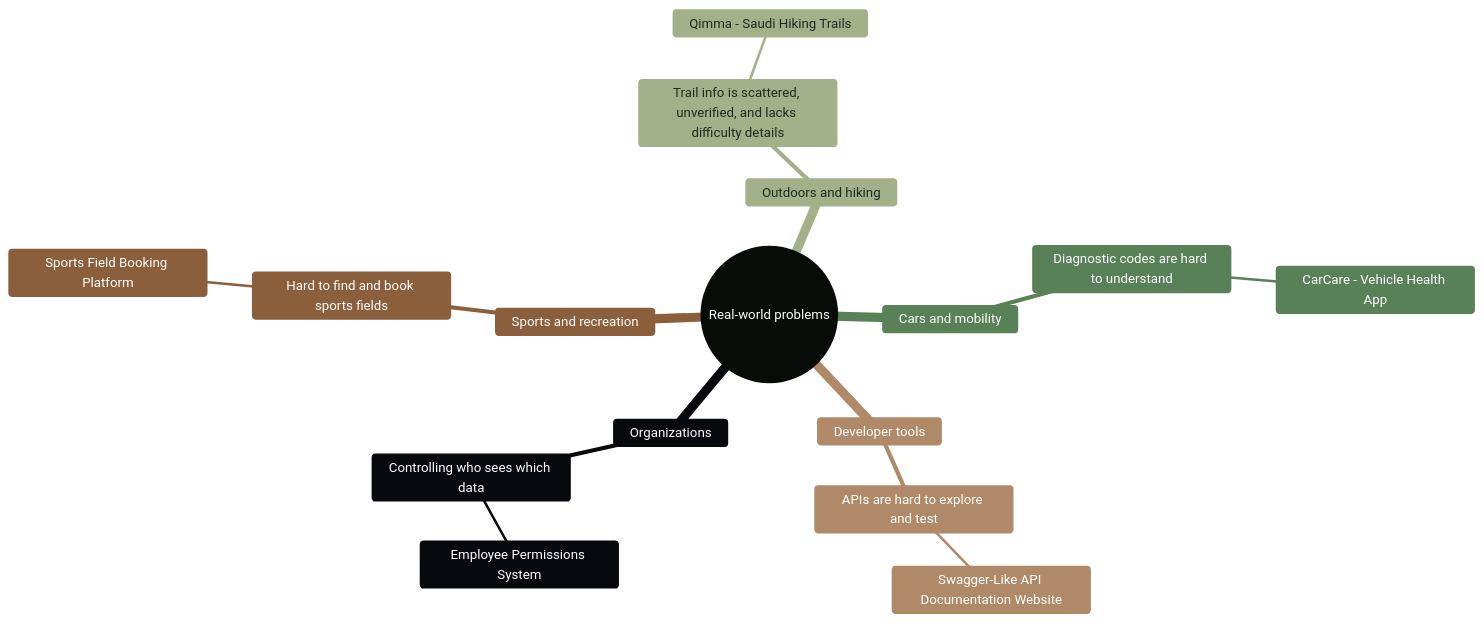
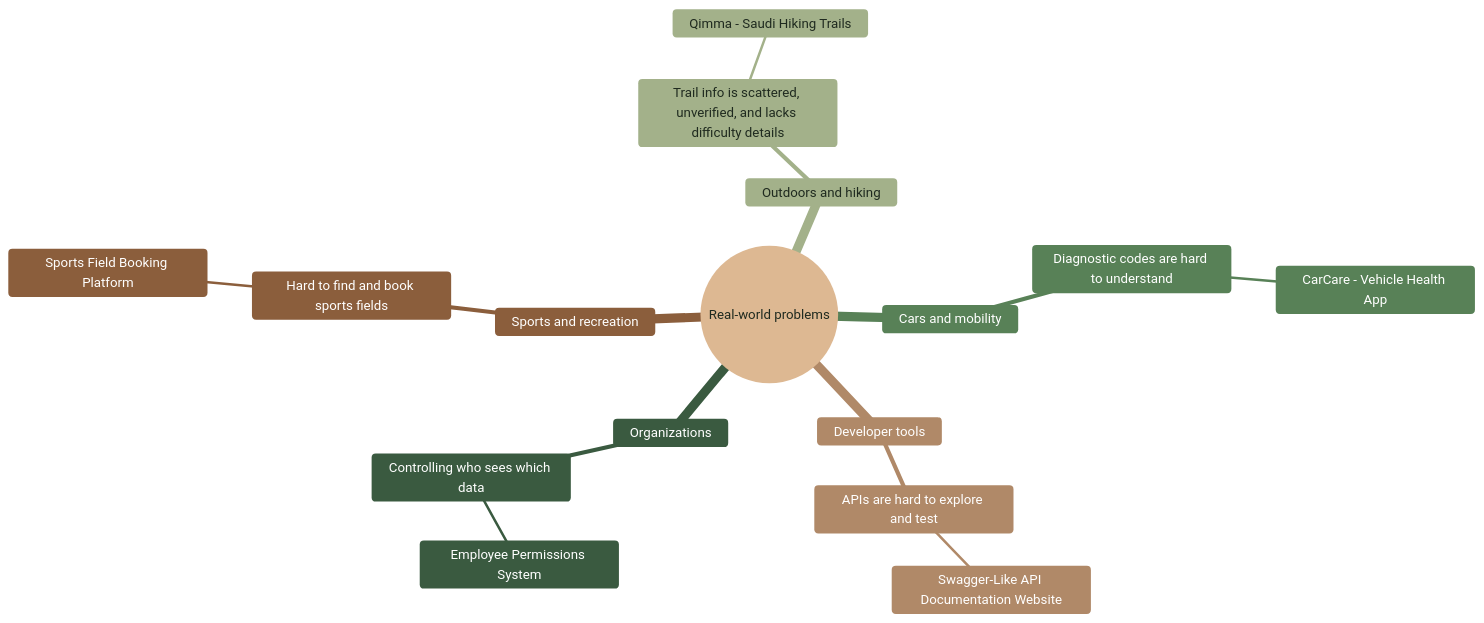
The diagram in Stage1/README.md (RahafN1/Portfolio-Project), drawn with Mermaid before and after one commit.

Commit message:
Modify color variables in README Mind Map
Updated color variables in the Mind Map section.

````diff
--- a/Stage1/README.md
+++ b/Stage1/README.md
@@ -88,27 +88,27 @@
 ```mermaid
 %%{init: {'theme': 'base', 'themeVariables': {
-  'cScale0': '#7a9e7e', 'cScaleLabel0': '#ffffff',
+  'git0': '#ddb892', 'gitBranchLabel0': '#1f2a1f',
   'cScale1': '#8b5e3c', 'cScaleLabel1': '#ffffff',
   'cScale2': '#a3b18a', 'cScaleLabel2': '#1f2a1f',
   'cScale3': '#588157', 'cScaleLabel3': '#ffffff',
   'cScale4': '#b08968', 'cScaleLabel4': '#ffffff',
-  'primaryColor': '#3a5a40', 'primaryTextColor': '#ffffff'
+  'cScale5': '#3a5a40', 'cScaleLabel5': '#ffffff'
 }}}%%
 mindmap
   root((Real-world problems))
     Sports and recreation
       Hard to find and book sports fields
         Sports Field Booking Platform
     Outdoors and hiking
       Trail info is scattered, unverified, and lacks difficulty details
         Qimma - Saudi Hiking Trails
     Cars and mobility
       Diagnostic codes are hard to understand
         CarCare - Vehicle Health App
     Developer tools
       APIs are hard to explore and test
         Swagger-Like API Documentation Website
     Organizations
       Controlling who sees which data
         Employee Permissions System
 ```
````
